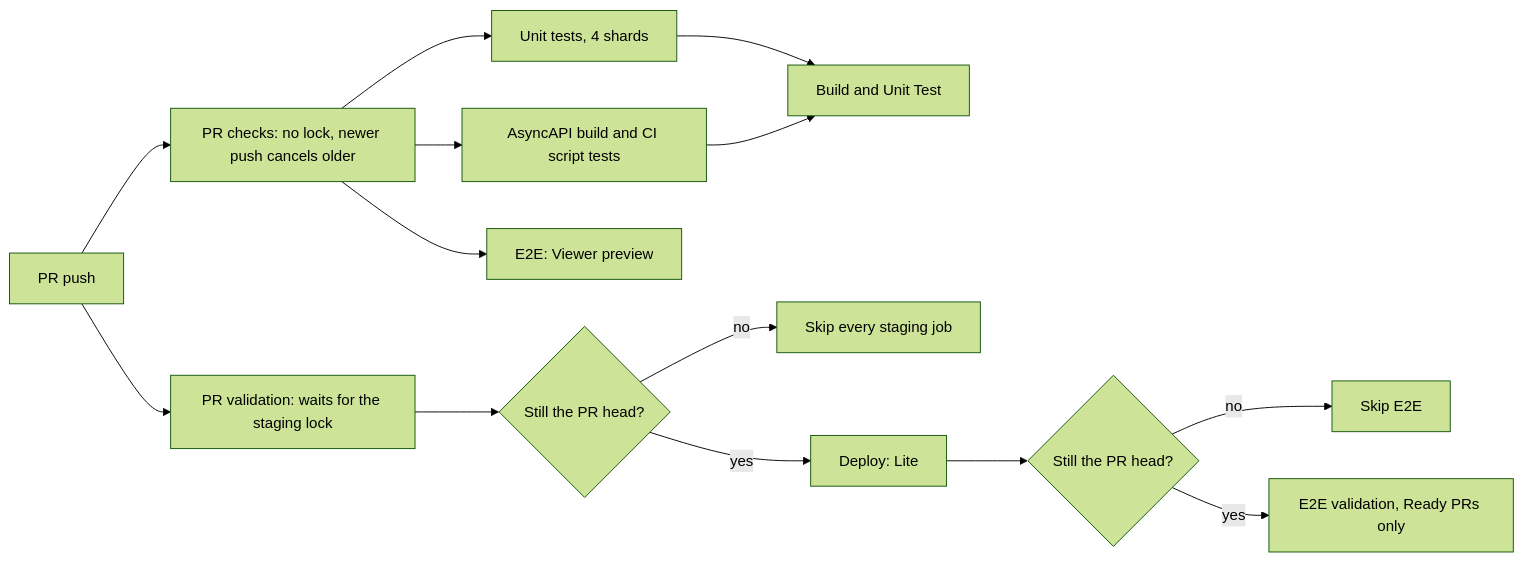
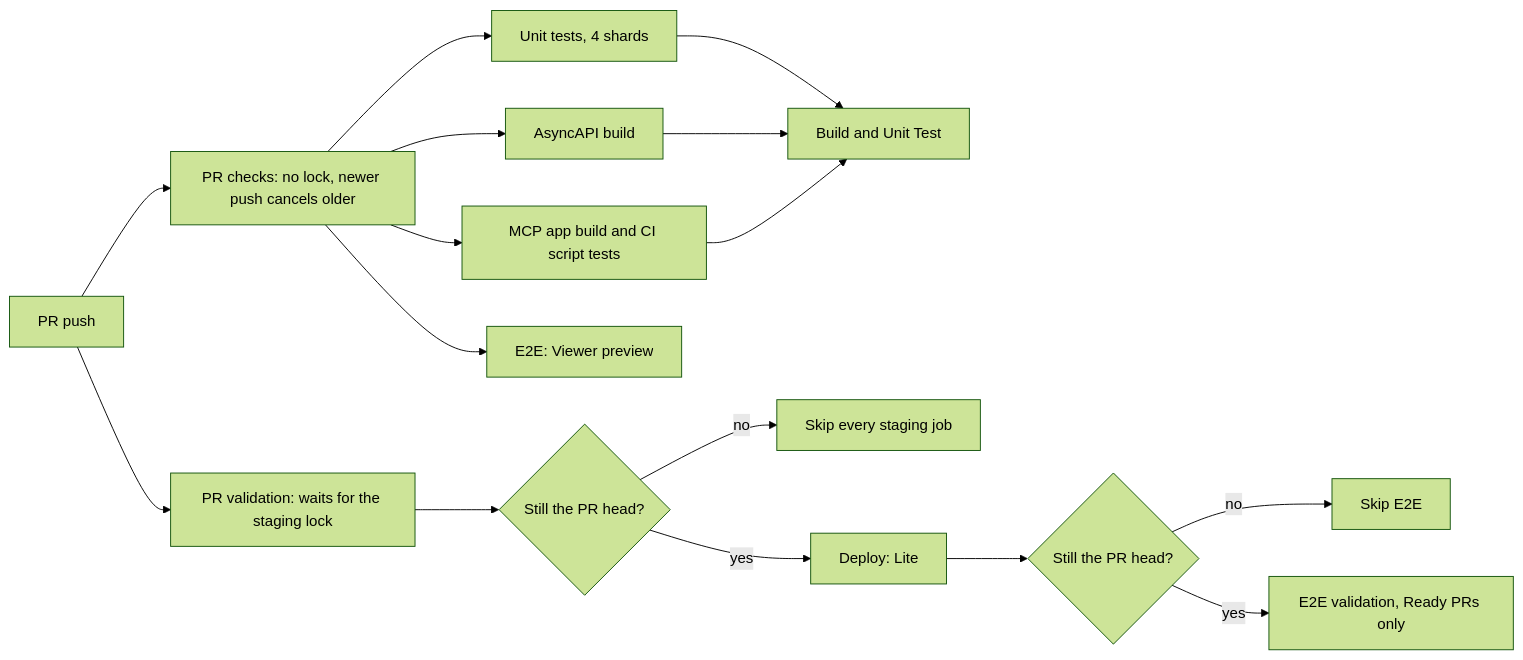
One commit to ZenUml/conf-app changed the first of 2 diagrams in docs/ops/pipeline-graphs.md. Above: the diagram before and after it, drawn with Mermaid (forest theme). The commit also changed 4 other files, not shown here.

First line of the commit message:
perf(ci): build the MCP app view in its own PR checks job

````diff
--- a/docs/ops/pipeline-graphs.md
+++ b/docs/ops/pipeline-graphs.md
@@ -7,16 +7,18 @@
 ```mermaid
 flowchart LR
   Push[PR push] --> C[PR checks: no lock, newer push cancels older]
   Push --> Q[PR validation: waits for the staging lock]
   C --> U1[Unit tests, 4 shards]
-  C --> A[AsyncAPI build and CI script tests]
+  C --> A[AsyncAPI build]
+  C --> M[MCP app build and CI script tests]
   U1 --> U[Build and Unit Test]
   A --> U
+  M --> U
   C --> P[E2E: Viewer preview]
   Q --> G{Still the PR head?}
   G -- no --> S[Skip every staging job]
   G -- yes --> D[Deploy: Lite]
   D --> H{Still the PR head?}
   H -- no --> X[Skip E2E]
   H -- yes --> E[E2E validation, Ready PRs only]
 ```
````
